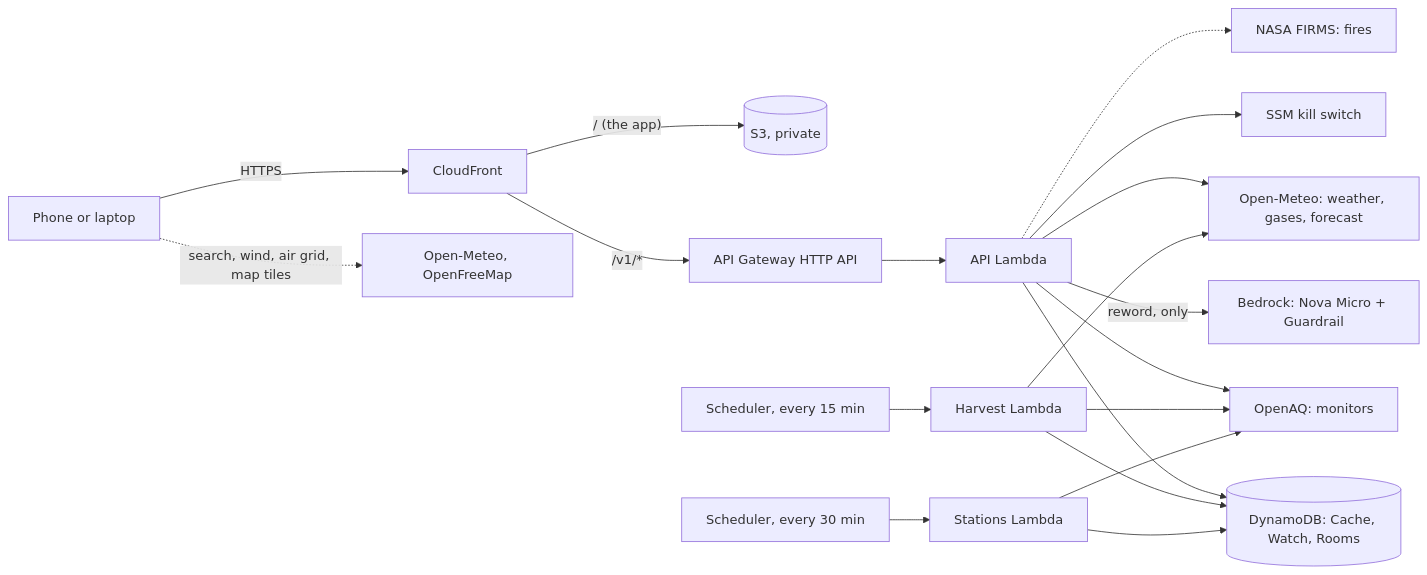
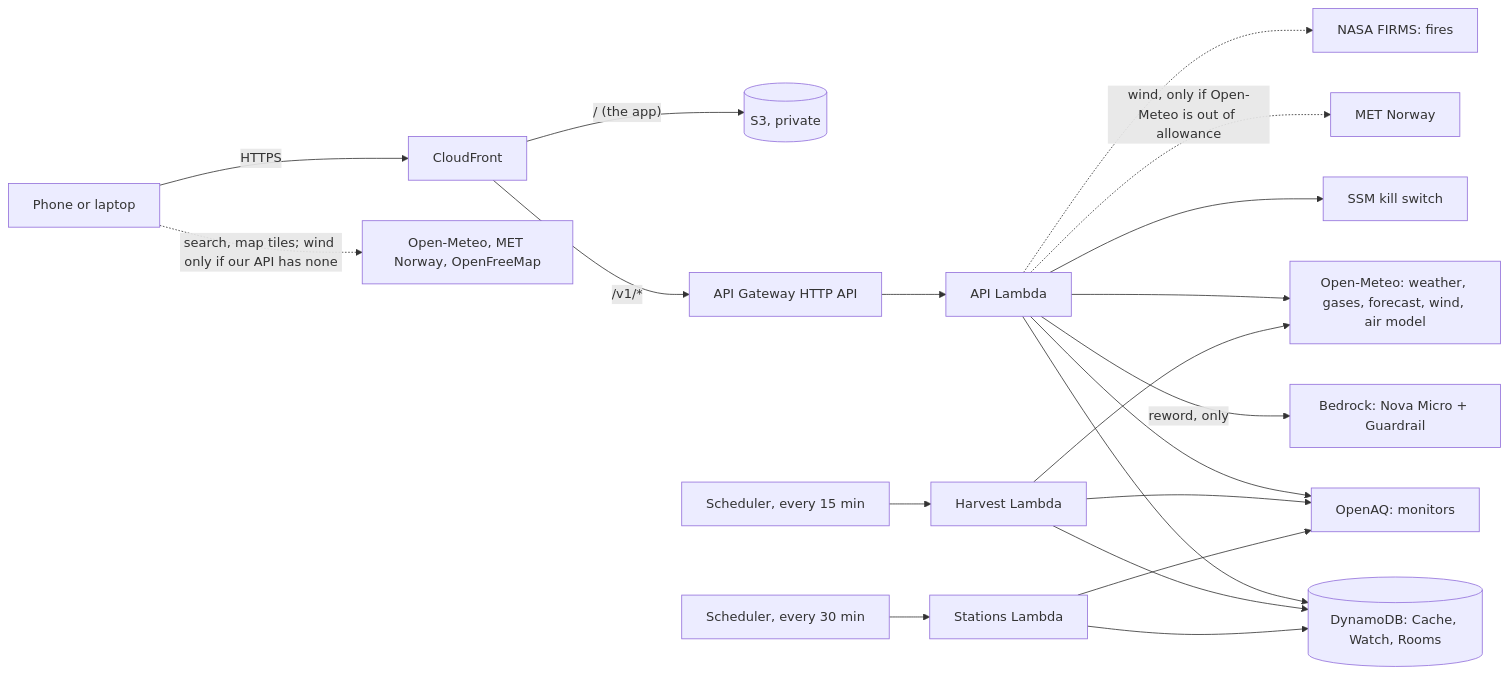
The diagram in docs/architecture.md (aniket-3001/the-vayu-project), drawn with Mermaid before and after one commit. The commit also changed other lines of this file and 21 other files, not shown here.

Commit message:
Rain alerts only above a 60% chance; every alert outlined in a dark shade of its own colour; the map is coloured by the regional air model (and says so) when no monitor reports; submission pack and evidence documents brought up to date

````diff
--- a/docs/architecture.md
+++ b/docs/architecture.md
@@ -9,19 +9,20 @@
 ```mermaid
 flowchart LR
   V[Phone or laptop] -->|HTTPS| CF[CloudFront]
   CF -->|"/ (the app)"| S3[(S3, private)]
   CF -->|"/v1/*"| APIGW[API Gateway HTTP API]
   APIGW --> API[API Lambda]
   API --> DDB[(DynamoDB: Cache, Watch, Rooms)]
   API -->|"reword, only"| BR[Bedrock: Nova Micro + Guardrail]
   API --> SSM[SSM kill switch]
-  API --> OM[Open-Meteo: weather, gases, forecast]
+  API --> OM[Open-Meteo: weather, gases, forecast, wind, air model]
+  API -.->|"wind, only if Open-Meteo is out of allowance"| MN[MET Norway]
   API --> OAQ[OpenAQ: monitors]
   SCH1[Scheduler, every 15 min] --> H[Harvest Lambda] --> DDB
   SCH2[Scheduler, every 30 min] --> ST[Stations Lambda] --> DDB
   H --> OAQ
   H --> OM
   ST --> OAQ
   API -.-> FIRMS[NASA FIRMS: fires]
-  V -.->|"search, wind, air grid, map tiles"| EXT[Open-Meteo, OpenFreeMap]
+  V -.->|"search, map tiles; wind only if our API has none"| EXT[Open-Meteo, MET Norway, OpenFreeMap]
 ```
````
